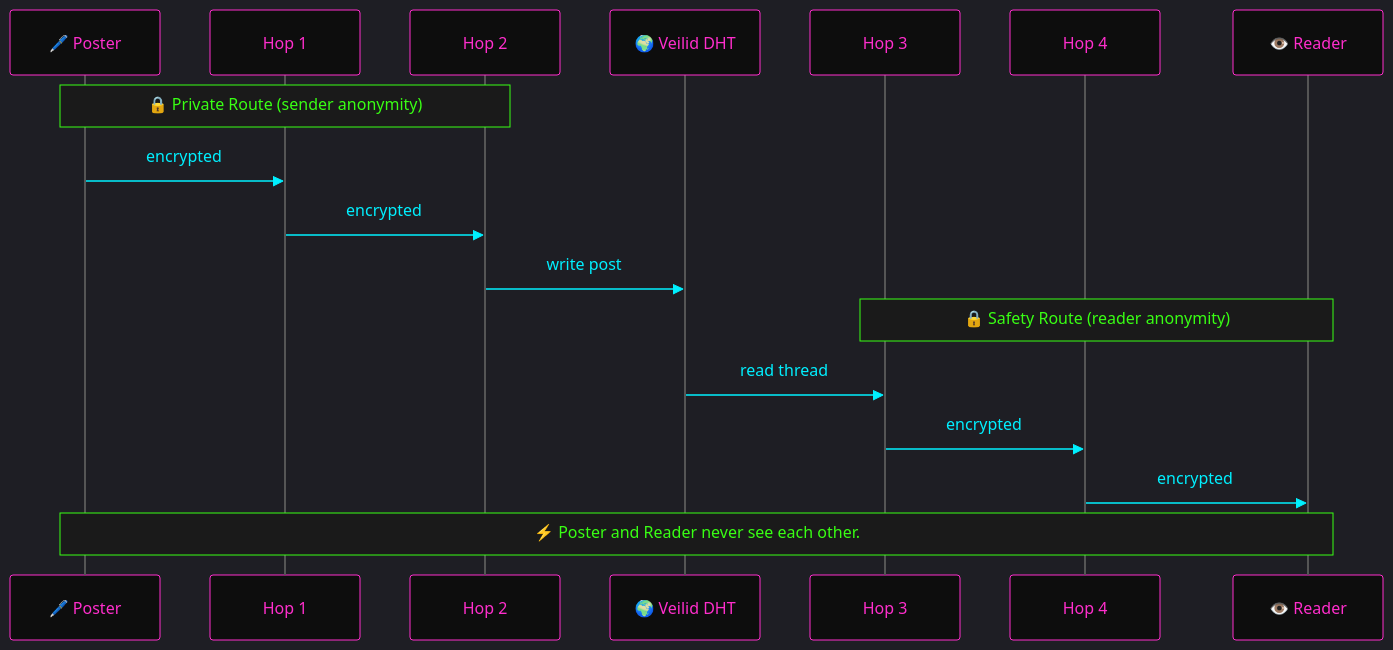
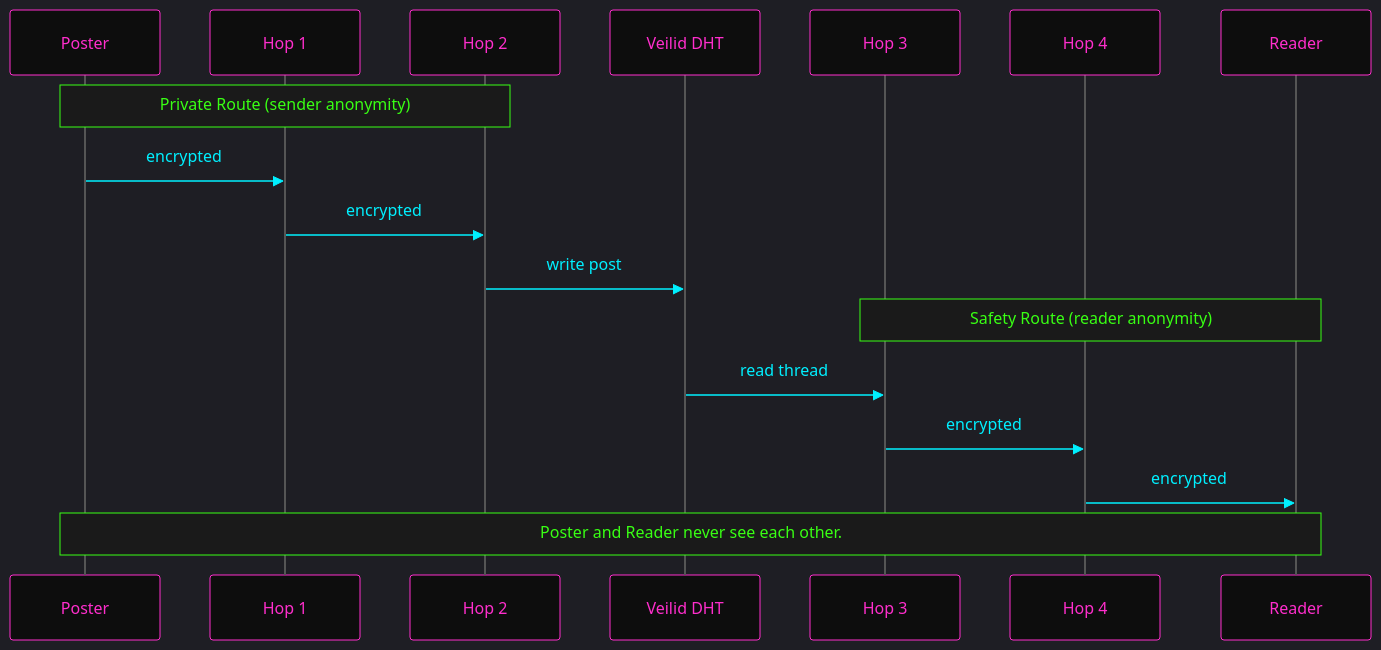
One commit to forria64/voidpost changed the fifth of 7 diagrams in README.md. Above: the diagram before and after it, drawn with Mermaid. The commit also changed other lines of this file, not shown here.

Commit message:
docs: made 'em boring, architecture change

````diff
--- a/README.md
+++ b/README.md
@@ -444,23 +424,23 @@
 ```mermaid
 %%{init: {'theme': 'dark', 'themeVariables': {'actorBkg': '#0d0d0d', 'actorBorder': '#ff2ecc', 'actorTextColor': '#ff2ecc', 'actorLineColor': '#555', 'signalColor': '#00f0ff', 'signalTextColor': '#00f0ff', 'noteBkgColor': '#1a1a1a', 'noteTextColor': '#39ff14', 'noteBorderColor': '#39ff14', 'activationBkgColor': '#1a1a1a', 'activationBorderColor': '#ffea00', 'sequenceNumberColor': '#ffea00'}}}%%
 sequenceDiagram
-  participant P as 🖊️ Poster
+  participant P as Poster
   participant H1 as Hop 1
   participant H2 as Hop 2
-  participant DHT as 🌍 Veilid DHT
+  participant DHT as Veilid DHT
   participant H3 as Hop 3
   participant H4 as Hop 4
-  participant R as 👁️ Reader
+  participant R as Reader
 
-  Note over P,H2: 🔒 Private Route (sender anonymity)
+  Note over P,H2: Private Route (sender anonymity)
   P->>H1: encrypted
   H1->>H2: encrypted
   H2->>DHT: write post
 
-  Note over H3,R: 🔒 Safety Route (reader anonymity)
+  Note over H3,R: Safety Route (reader anonymity)
   DHT->>H3: read thread
   H3->>H4: encrypted
   H4->>R: encrypted
 
-  Note over P,R: ⚡ Poster and Reader never see each other.
+  Note over P,R: Poster and Reader never see each other.
 ```
````
